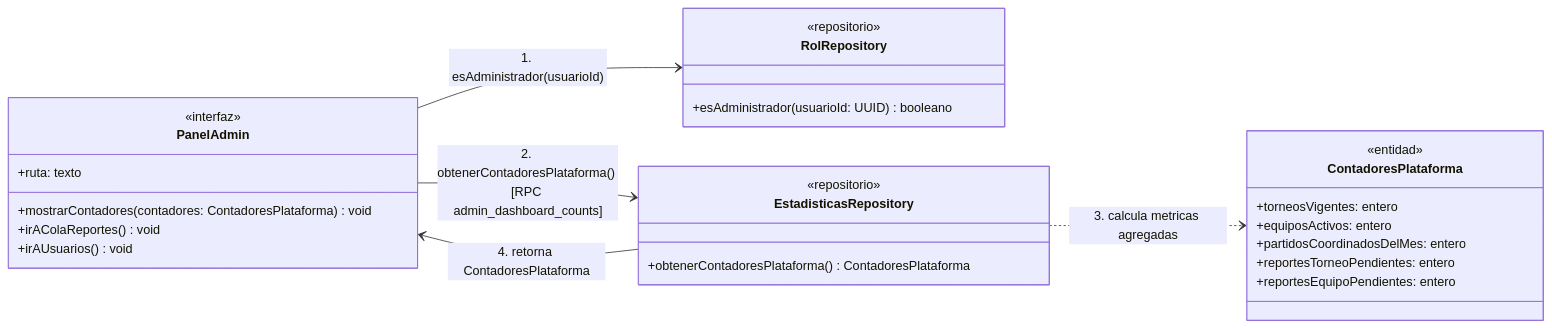
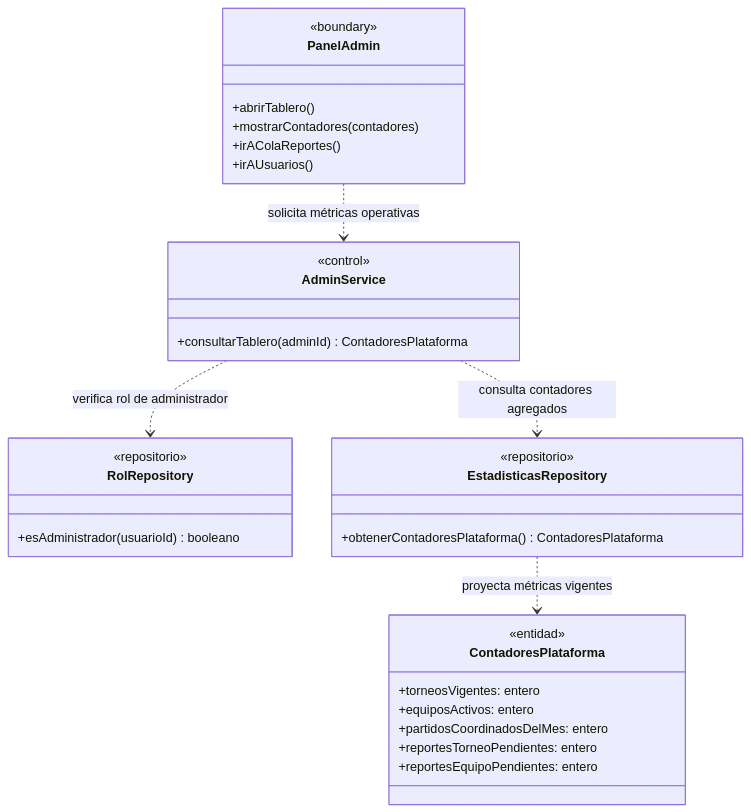
One commit to nicqletal/torneos-scraper changed the third of 7 diagrams in docs/diagramas-de-clase/administracion.md. Above: the diagram before and after it, drawn with Mermaid. The commit also changed other lines of this file and 12 other files, not shown here.

Commit message:
Correcion Diagramas de Clase

````diff
--- a/docs/diagramas-de-clase/administracion.md
+++ b/docs/diagramas-de-clase/administracion.md
@@ -230,36 +228,35 @@
 ```mermaid
 classDiagram
-    direction LR
-
-    class PanelAdmin {
-        <<interfaz>>
-        +ruta: texto
-        +mostrarContadores(contadores: ContadoresPlataforma) void
-        +irAColaReportes() void
-        +irAUsuarios() void
-    }
-
-    class RolRepository {
-        <<repositorio>>
-        +esAdministrador(usuarioId: UUID) booleano
-    }
-
-    class EstadisticasRepository {
-        <<repositorio>>
-        +obtenerContadoresPlataforma() ContadoresPlataforma
-    }
-
-    class ContadoresPlataforma {
-        <<entidad>>
-        +torneosVigentes: entero
-        +equiposActivos: entero
-        +partidosCoordinadosDelMes: entero
-        +reportesTorneoPendientes: entero
-        +reportesEquipoPendientes: entero
-    }
-
-    PanelAdmin --> RolRepository : 1. esAdministrador(usuarioId)
-    PanelAdmin --> EstadisticasRepository : 2. obtenerContadoresPlataforma() [RPC admin_dashboard_counts]
-    EstadisticasRepository ..> ContadoresPlataforma : 3. calcula metricas agregadas
-    EstadisticasRepository --> PanelAdmin : 4. retorna ContadoresPlataforma
+direction TB
+class PanelAdmin {
+  <<boundary>>
+  +abrirTablero()
+  +mostrarContadores(contadores)
+  +irAColaReportes()
+  +irAUsuarios()
+}
+class AdminService {
+  <<control>>
+  +consultarTablero(adminId) ContadoresPlataforma
+}
+class RolRepository {
+  <<repositorio>>
+  +esAdministrador(usuarioId) booleano
+}
+class EstadisticasRepository {
+  <<repositorio>>
+  +obtenerContadoresPlataforma() ContadoresPlataforma
+}
+class ContadoresPlataforma {
+  <<entidad>>
+  +torneosVigentes: entero
+  +equiposActivos: entero
+  +partidosCoordinadosDelMes: entero
+  +reportesTorneoPendientes: entero
+  +reportesEquipoPendientes: entero
+}
+PanelAdmin ..> AdminService : solicita métricas operativas
+AdminService ..> RolRepository : verifica rol de administrador
+AdminService ..> EstadisticasRepository : consulta contadores agregados
+EstadisticasRepository ..> ContadoresPlataforma : proyecta métricas vigentes
 ```
````
